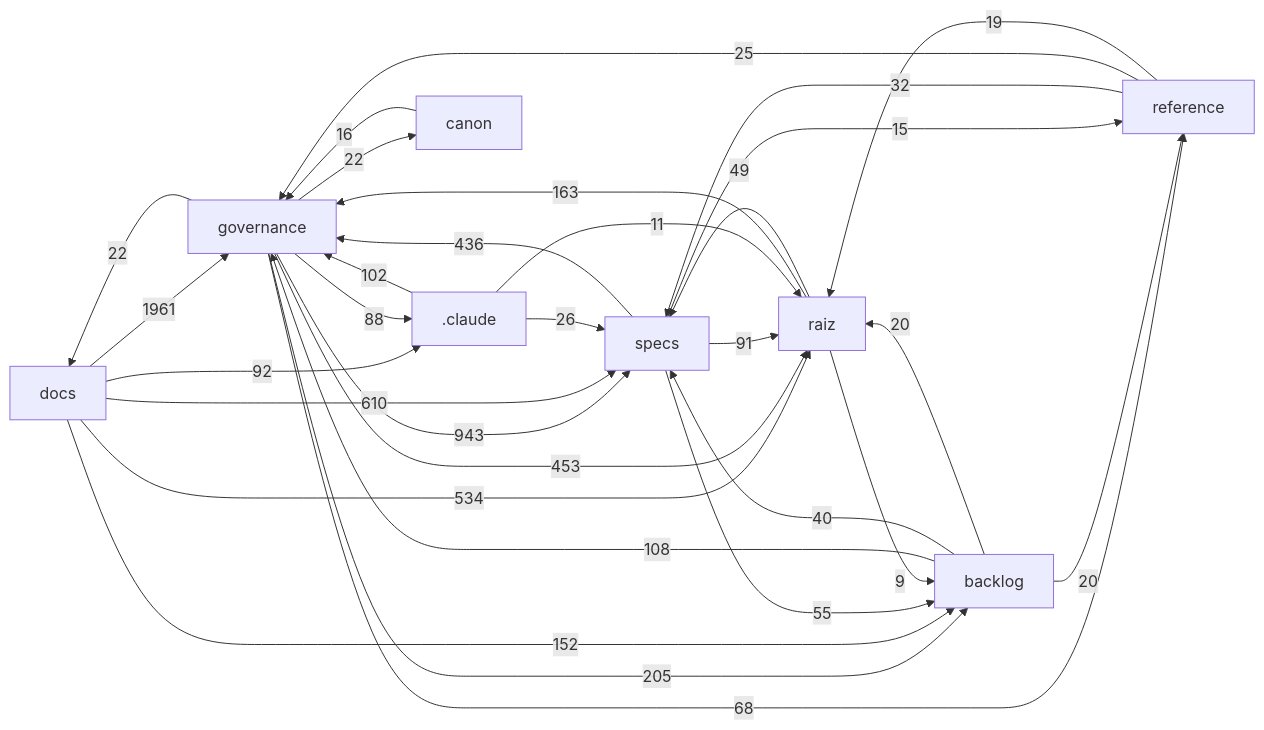
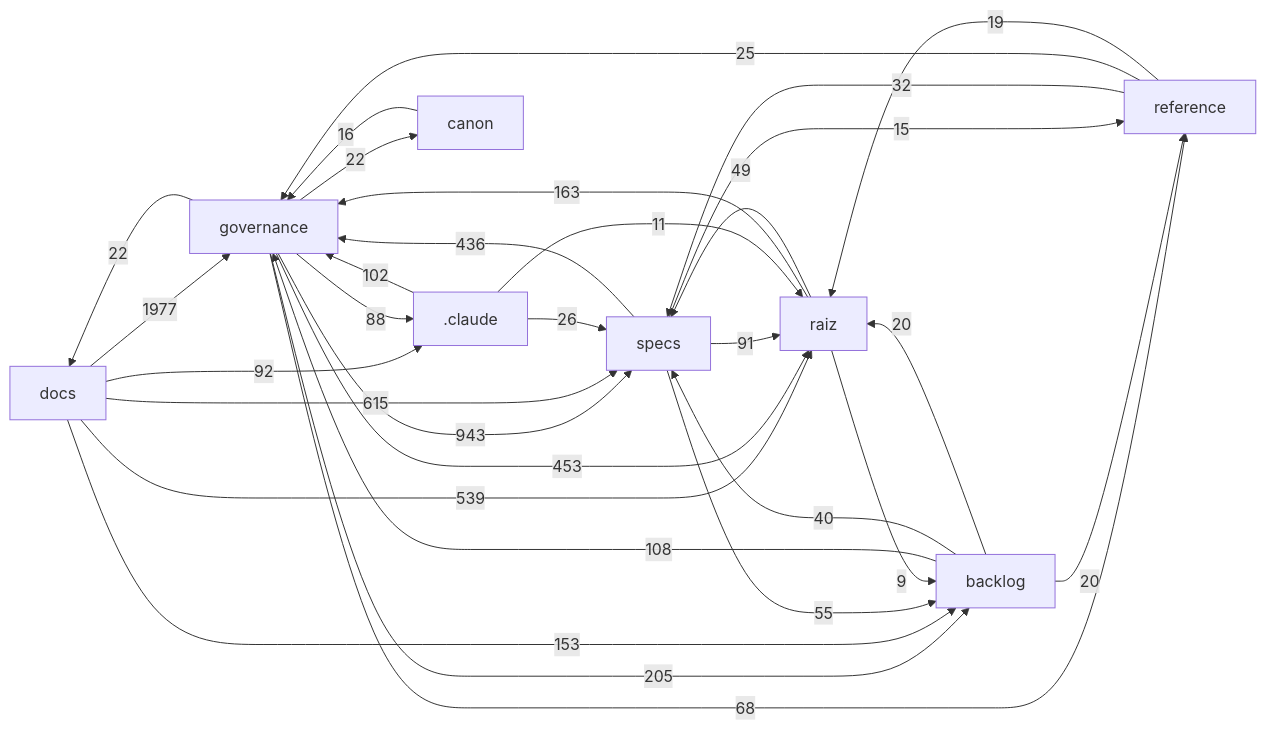
One commit to Andraus35/Sistema-Operacional-de-Trading--SOT changed the diagram in docs/mapa/MAPA-PROJETO.md. Above: the diagram before and after it, drawn with Mermaid. The commit also changed other lines of this file and 4 other files, not shown here.

````diff
--- a/docs/mapa/MAPA-PROJETO.md
+++ b/docs/mapa/MAPA-PROJETO.md
@@ -29,33 +29,33 @@
 ```mermaid
 flowchart LR
-  docs["docs"] -->|1961| governance["governance"]
+  docs["docs"] -->|1977| governance["governance"]
   governance["governance"] -->|943| specs["specs"]
-  docs["docs"] -->|610| specs["specs"]
-  docs["docs"] -->|534| raiz["raiz"]
+  docs["docs"] -->|615| specs["specs"]
+  docs["docs"] -->|539| raiz["raiz"]
   governance["governance"] -->|453| raiz["raiz"]
   specs["specs"] -->|436| governance["governance"]
   governance["governance"] -->|205| backlog["backlog"]
   raiz["raiz"] -->|163| governance["governance"]
-  docs["docs"] -->|152| backlog["backlog"]
+  docs["docs"] -->|153| backlog["backlog"]
   backlog["backlog"] -->|108| governance["governance"]
   _claude[".claude"] -->|102| governance["governance"]
   docs["docs"] -->|92| _claude[".claude"]
   specs["specs"] -->|91| raiz["raiz"]
   governance["governance"] -->|88| _claude[".claude"]
   governance["governance"] -->|68| reference["reference"]
   specs["specs"] -->|55| backlog["backlog"]
   raiz["raiz"] -->|49| specs["specs"]
   backlog["backlog"] -->|40| specs["specs"]
   reference["reference"] -->|32| specs["specs"]
   _claude[".claude"] -->|26| specs["specs"]
   reference["reference"] -->|25| governance["governance"]
   governance["governance"] -->|22| docs["docs"]
   governance["governance"] -->|22| canon["canon"]
   backlog["backlog"] -->|20| raiz["raiz"]
   backlog["backlog"] -->|20| reference["reference"]
   reference["reference"] -->|19| raiz["raiz"]
   canon["canon"] -->|16| governance["governance"]
   specs["specs"] -->|15| reference["reference"]
   _claude[".claude"] -->|11| raiz["raiz"]
   raiz["raiz"] -->|9| backlog["backlog"]
 ```
````
